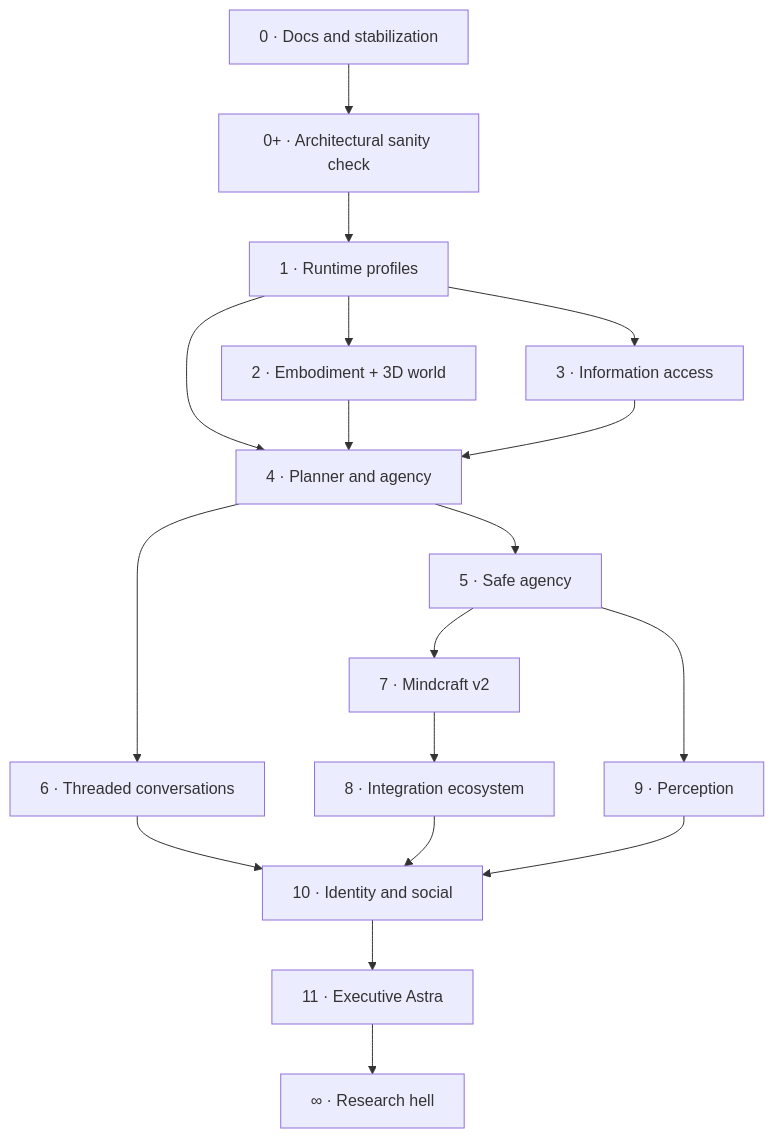
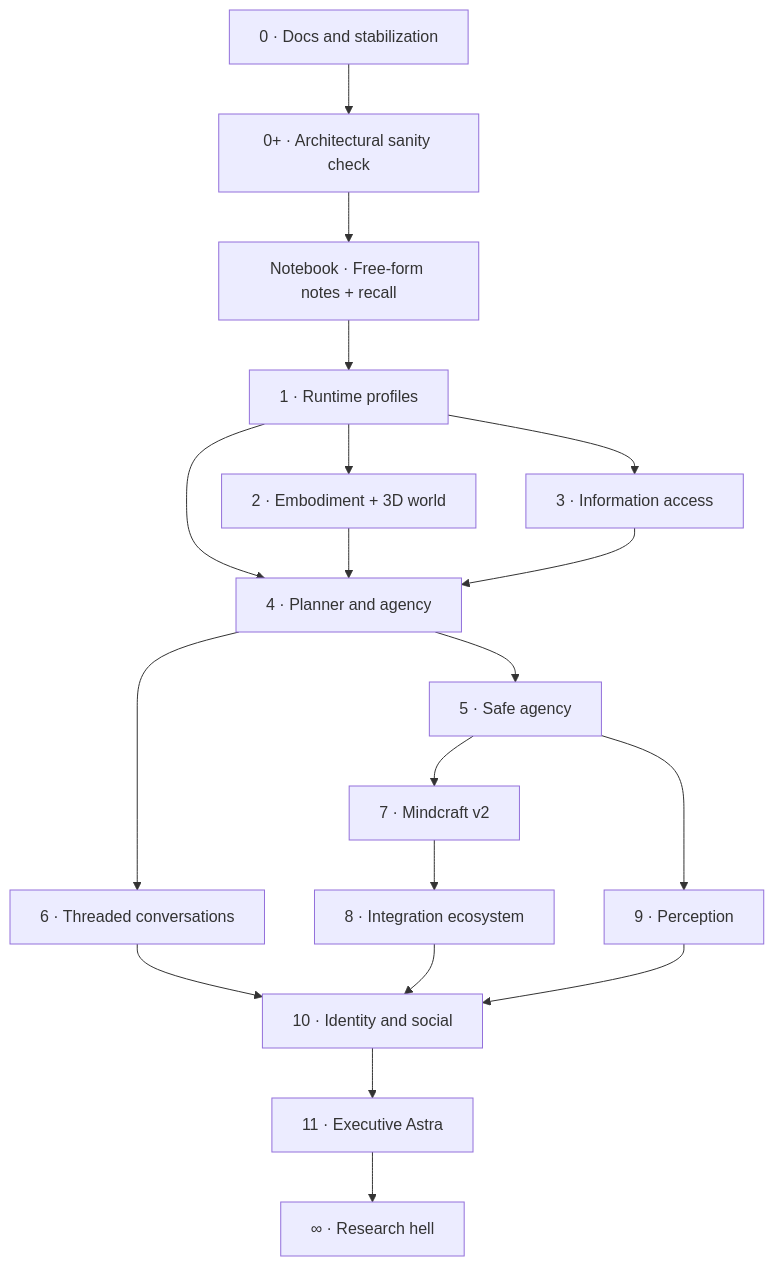
One commit to danielmarek22/local_ai_assistant changed the first of 2 diagrams in docs/roadmap.md. Above: the diagram before and after it, drawn with Mermaid. The commit also changed other lines of this file and 31 other files, not shown here.

````diff
--- a/docs/roadmap.md
+++ b/docs/roadmap.md
@@ -10,33 +10,34 @@
 ```mermaid
 flowchart TD
     M0[0 · Docs and stabilization]
     M0P[0+ · Architectural sanity check]
+    SP[Notebook · Free-form notes + recall]
     M1[1 · Runtime profiles]
     M2[2 · Embodiment + 3D world]
     M3[3 · Information access]
     M4[4 · Planner and agency]
     M5[5 · Safe agency]
     M6[6 · Threaded conversations]
     M7[7 · Mindcraft v2]
     M8[8 · Integration ecosystem]
     M9[9 · Perception]
     M10[10 · Identity and social]
     M11[11 · Executive Astra]
     R[∞ · Research hell]
 
-    M0 --> M0P --> M1
+    M0 --> M0P --> SP --> M1
     M1 --> M2
     M1 --> M3
     M1 --> M4
     M2 --> M4
     M3 --> M4
     M4 --> M5
     M4 --> M6
     M5 --> M7
     M5 --> M9
     M6 --> M10
     M7 --> M8
     M8 --> M10
     M9 --> M10
     M10 --> M11 --> R
 ```
````
